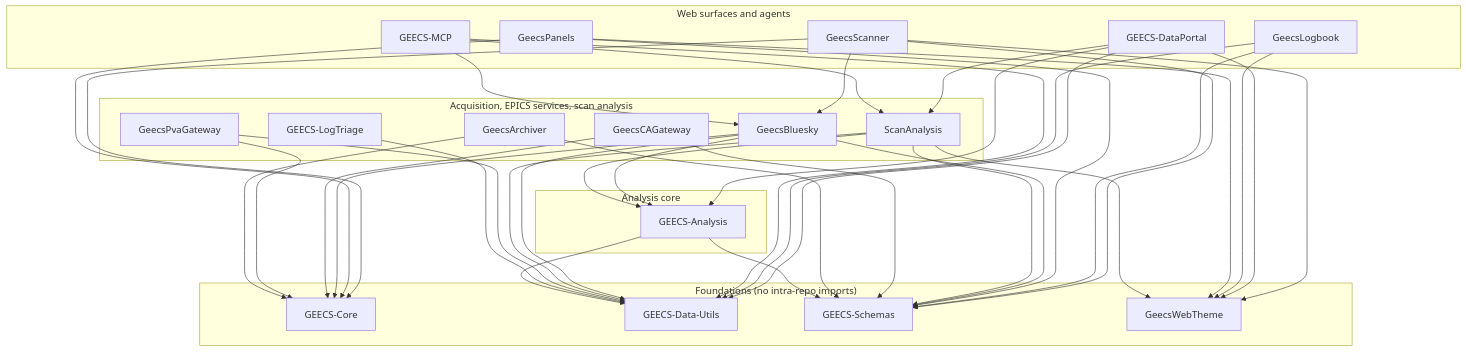
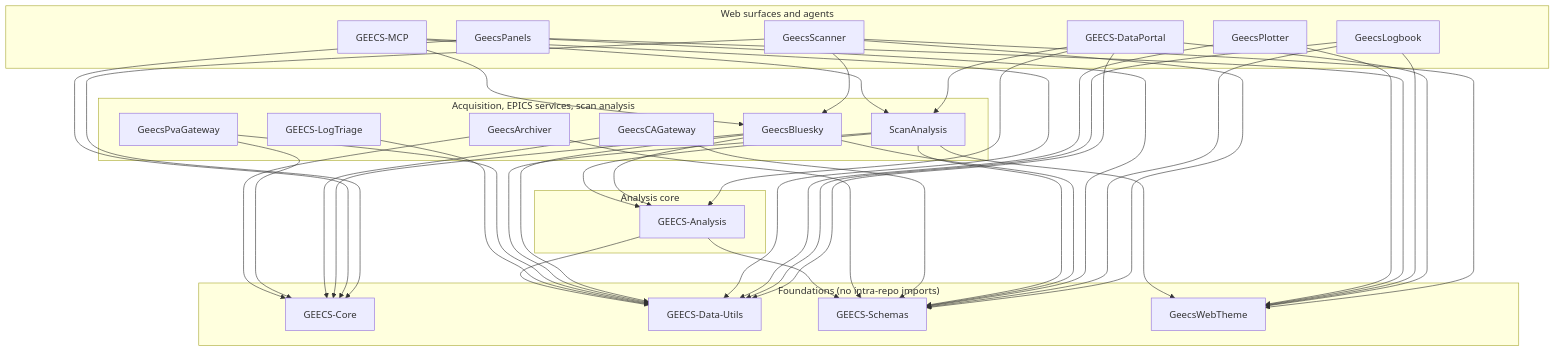
The diagram in README.md (GEECS-BELLA/GEECS-Plugins), drawn with Mermaid before and after one commit. The commit also changed other lines of this file and 32 other files, not shown here.

First line of the commit message:
GeecsPlotter: the package skeleton and the first plot (M1)

````diff
--- a/README.md
+++ b/README.md
@@ -46,39 +47,41 @@
 ```mermaid
 graph TD
   subgraph surfaces["Web surfaces and agents"]
     Scanner[GeecsScanner]
     Portal[GEECS-DataPortal]
     Logbook[GeecsLogbook]
     Panels[GeecsPanels]
+    Plotter[GeecsPlotter]
     MCP[GEECS-MCP]
   end
   subgraph services["Acquisition, EPICS services, scan analysis"]
     Bluesky[GeecsBluesky]
     ScanAnalysis
     CAGW[GeecsCAGateway]
     PVAGW[GeecsPvaGateway]
     Archiver[GeecsArchiver]
     Triage[GEECS-LogTriage]
   end
   subgraph analysis["Analysis core"]
     Analysis[GEECS-Analysis]
   end
   subgraph foundations["Foundations (no intra-repo imports)"]
     Core[GEECS-Core]
     DataUtils[GEECS-Data-Utils]
     Schemas[GEECS-Schemas]
     Theme[GeecsWebTheme]
   end
   Scanner --> Bluesky & Schemas & Core & Theme
   Portal --> ScanAnalysis & Analysis & DataUtils & Theme
   Logbook --> DataUtils & Schemas & Theme
   Panels --> Core & Schemas & Theme
+  Plotter --> DataUtils & Theme
   MCP --> Bluesky & ScanAnalysis & DataUtils
   Bluesky --> Analysis & Core & DataUtils & Schemas
   ScanAnalysis --> Analysis & DataUtils & Schemas & Theme
   CAGW --> Core & Schemas
   PVAGW --> Core & DataUtils
   Archiver --> Core & Schemas
   Triage --> DataUtils
   Analysis --> DataUtils & Schemas
 ```
````
